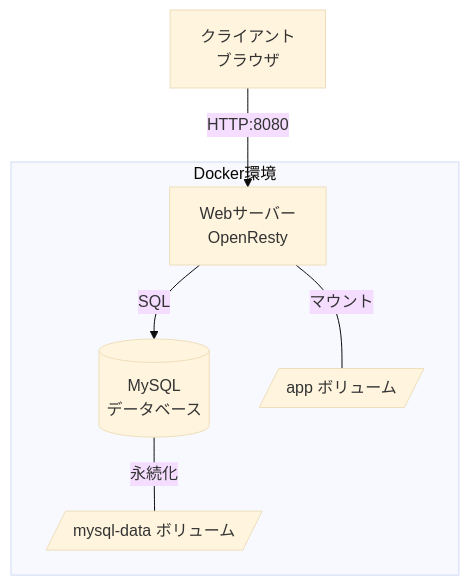
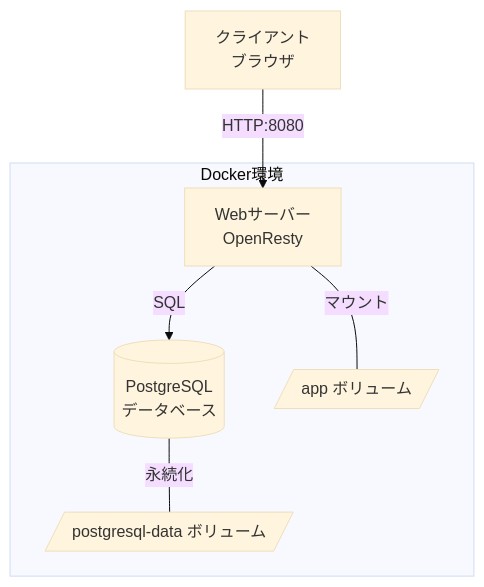
One commit to hawkie275/LuaAIDiary changed the diagram in ARCHITECTURE.md. Above: the diagram before and after it, drawn with Mermaid (base theme). The commit also changed other lines of this file and 17 other files, not shown here.

Commit message:
Migrate to PostgreSQL

````diff
--- a/ARCHITECTURE.md
+++ b/ARCHITECTURE.md
@@ -9,15 +9,15 @@
 ```mermaid
 graph TB
     Client[クライアント<br/>ブラウザ]
     subgraph Docker環境
         Web[Webサーバー<br/>OpenResty]
-        DB[(MySQL<br/>データベース)]
+        DB[(PostgreSQL<br/>データベース)]
         WebVol[/app ボリューム/]
-        DBVol[/mysql-data ボリューム/]
+        DBVol[/postgresql-data ボリューム/]
     end
     
     Client -->|HTTP:8080| Web
     Web -->|SQL| DB
     Web ---|マウント| WebVol
     DB ---|永続化| DBVol
 ```
````
